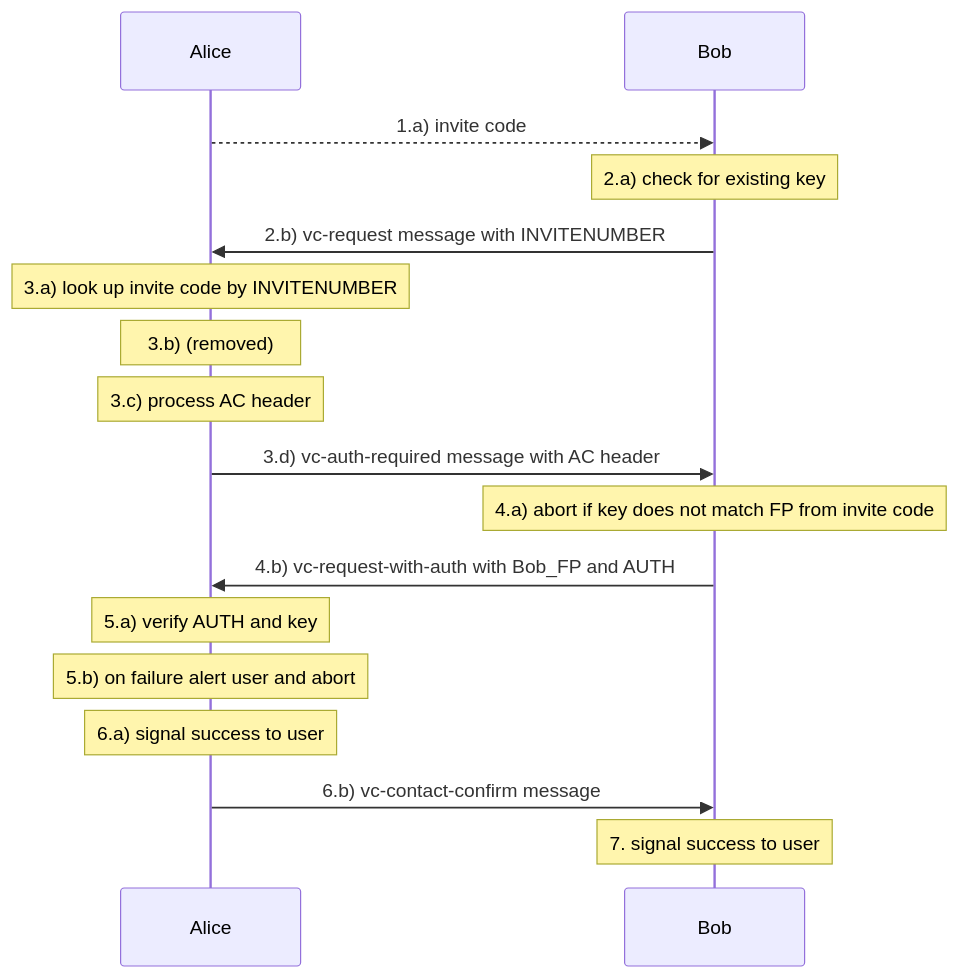
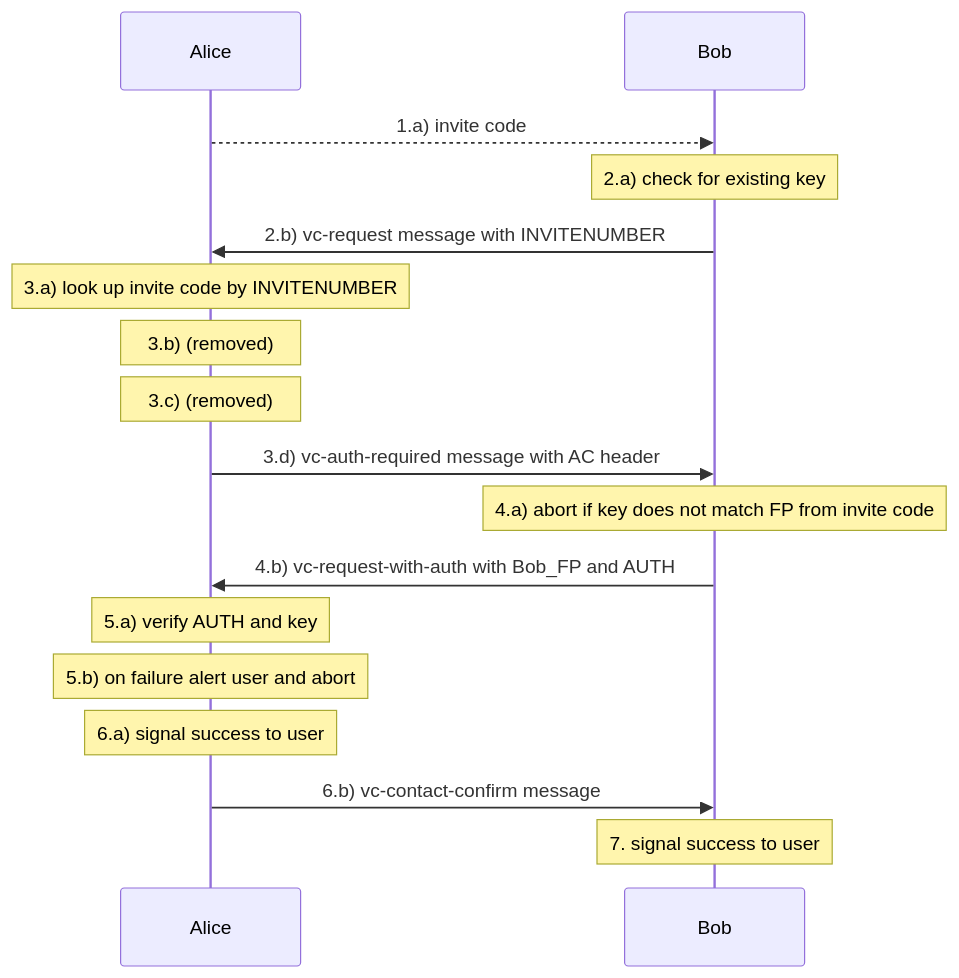
The diagram in source/new.rst (deltachat/securejoin), drawn with Mermaid before and after one commit. The commit also changed other lines of this file, not shown here.

```diff
--- a/source/new.rst
+++ b/source/new.rst
@@ -169,21 +169,21 @@
 .. mermaid::
    :alt: Sequence diagram of UI and administrative message flow
    :caption: UI and administrative message flow of contact setup
 
    sequenceDiagram
       participant A as Alice
       participant B as Bob
       A-->>B: 1.a) invite code
       Note over B: 2.a) check for existing key
       B->>A: 2.b) vc-request message with INVITENUMBER
       Note over A: 3.a) look up invite code by INVITENUMBER
       Note over A: 3.b) (removed)
-      Note over A: 3.c) process AC header
+      Note over A: 3.c) (removed)
       A->>B: 3.d) vc-auth-required message with AC header
       Note over B: 4.a) abort if key does not match FP from invite code
       B->>A: 4.b) vc-request-with-auth with Bob_FP and AUTH
       Note over A: 5.a) verify AUTH and key
       Note over A: 5.b) on failure alert user and abort
       Note over A: 6.a) signal success to user
       A->>B: 6.b) vc-contact-confirm message
       Note over B: 7. signal success to user
```
